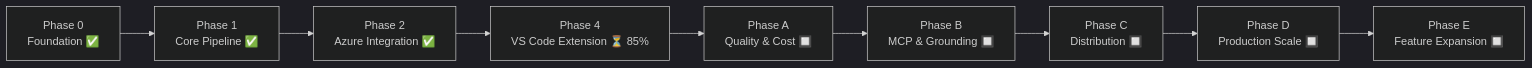
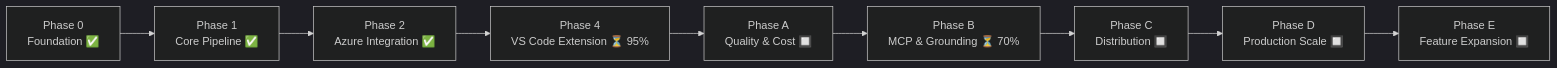
One commit to wsilveiranz/mslearn-video-documenter-agent changed the diagram in docs/ROADMAP.md. Above: the diagram before and after it, drawn with Mermaid (dark theme). The commit also changed other lines of this file and 4 other files, not shown here.

````diff
--- a/docs/ROADMAP.md
+++ b/docs/ROADMAP.md
@@ -17,19 +17,19 @@
 ```mermaid
 flowchart LR
     P0["Phase 0\nFoundation ✅"]
     P1["Phase 1\nCore Pipeline ✅"]
     P2["Phase 2\nAzure Integration ✅"]
-    P4["Phase 4\nVS Code Extension ⏳ 85%"]
+    P4["Phase 4\nVS Code Extension ⏳ 95%"]
     PA["Phase A\nQuality & Cost 🔲"]
-    PB["Phase B\nMCP & Grounding 🔲"]
+    PB["Phase B\nMCP & Grounding ⏳ 70%"]
     PC["Phase C\nDistribution 🔲"]
     PD["Phase D\nProduction Scale 🔲"]
     PE["Phase E\nFeature Expansion 🔲"]
 
     P0 --> P1 --> P2 --> P4
     P4 --> PA
     PA --> PB
     PB --> PC
     PC --> PD
     PD --> PE
 ```
````
